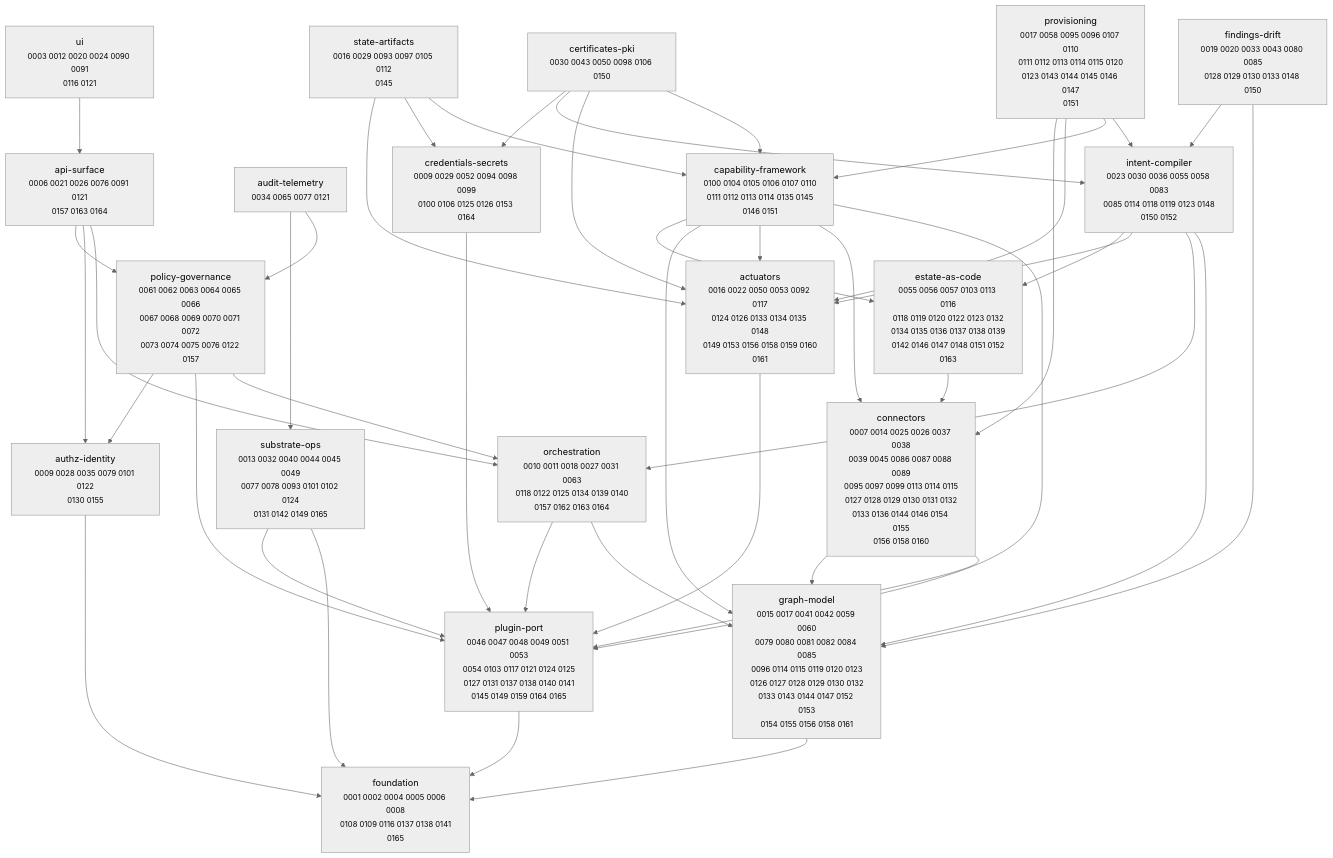
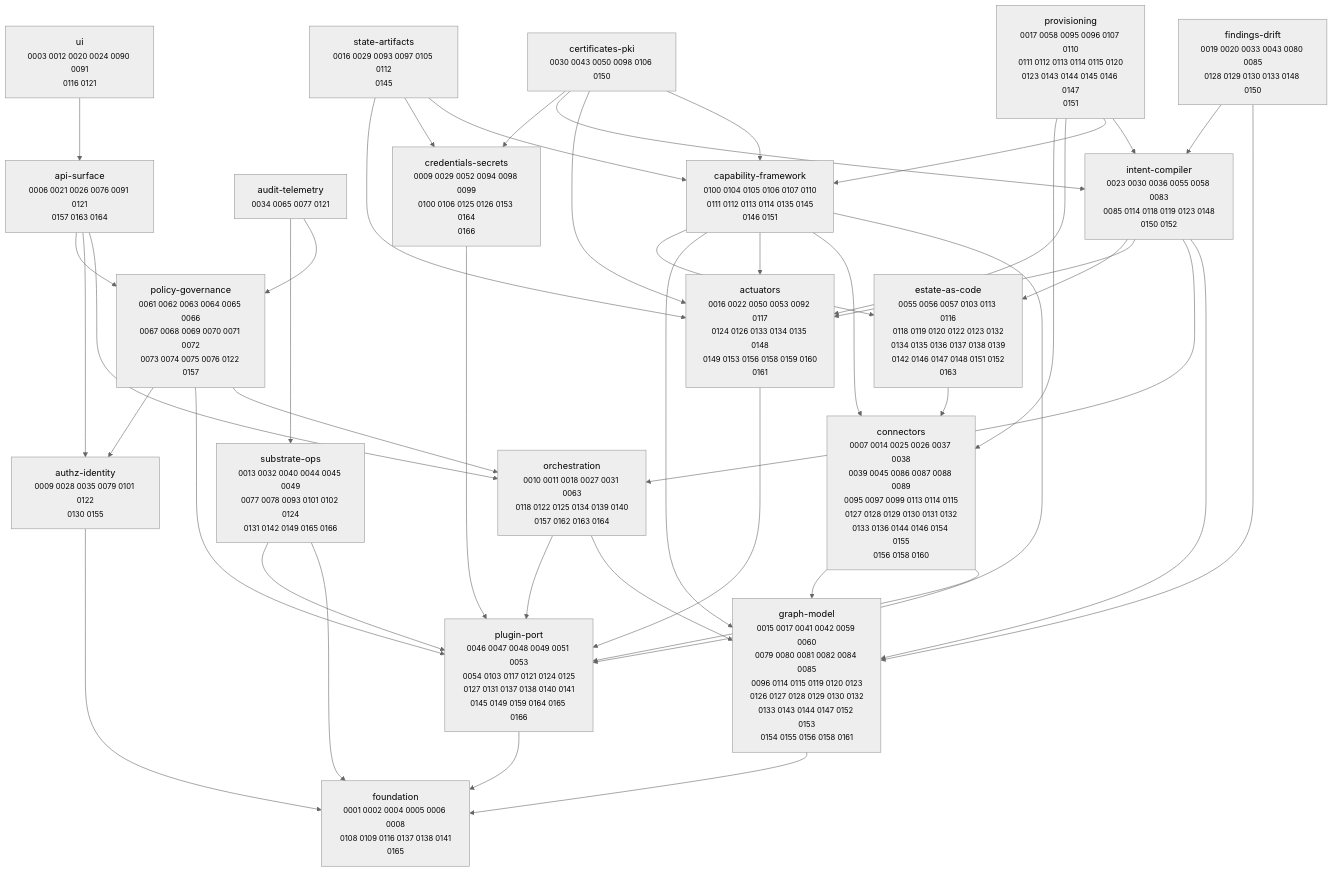
Before and after one commit to dstout-devops/stratt: the diagram in docs/adr/MAP.md, drawn with Mermaid (neutral theme). The commit also changed other lines of this file and 6 other files, not shown here.

````diff
--- a/docs/adr/MAP.md
+++ b/docs/adr/MAP.md
@@ -11,67 +11,67 @@
 ```mermaid
 graph TD
   actuators["actuators<br/><small>0016 0022 0050 0053 0092 0117<br/>0124 0126 0133 0134 0135 0148<br/>0149 0153 0156 0158 0159 0160<br/>0161</small>"]
   api_surface["api-surface<br/><small>0006 0021 0026 0076 0091 0121<br/>0157 0163 0164</small>"]
   audit_telemetry["audit-telemetry<br/><small>0034 0065 0077 0121</small>"]
   authz_identity["authz-identity<br/><small>0009 0028 0035 0079 0101 0122<br/>0130 0155</small>"]
   capability_framework["capability-framework<br/><small>0100 0104 0105 0106 0107 0110<br/>0111 0112 0113 0114 0135 0145<br/>0146 0151</small>"]
   certificates_pki["certificates-pki<br/><small>0030 0043 0050 0098 0106 0150</small>"]
   connectors["connectors<br/><small>0007 0014 0025 0026 0037 0038<br/>0039 0045 0086 0087 0088 0089<br/>0095 0097 0099 0113 0114 0115<br/>0127 0128 0129 0130 0131 0132<br/>0133 0136 0144 0146 0154 0155<br/>0156 0158 0160</small>"]
-  credentials_secrets["credentials-secrets<br/><small>0009 0029 0052 0094 0098 0099<br/>0100 0106 0125 0126 0153 0164</small>"]
+  credentials_secrets["credentials-secrets<br/><small>0009 0029 0052 0094 0098 0099<br/>0100 0106 0125 0126 0153 0164<br/>0166</small>"]
   estate_as_code["estate-as-code<br/><small>0055 0056 0057 0103 0113 0116<br/>0118 0119 0120 0122 0123 0132<br/>0134 0135 0136 0137 0138 0139<br/>0142 0146 0147 0148 0151 0152<br/>0163</small>"]
   findings_drift["findings-drift<br/><small>0019 0020 0033 0043 0080 0085<br/>0128 0129 0130 0133 0148 0150</small>"]
   foundation["foundation<br/><small>0001 0002 0004 0005 0006 0008<br/>0108 0109 0116 0137 0138 0141<br/>0165</small>"]
   graph_model["graph-model<br/><small>0015 0017 0041 0042 0059 0060<br/>0079 0080 0081 0082 0084 0085<br/>0096 0114 0115 0119 0120 0123<br/>0126 0127 0128 0129 0130 0132<br/>0133 0143 0144 0147 0152 0153<br/>0154 0155 0156 0158 0161</small>"]
   intent_compiler["intent-compiler<br/><small>0023 0030 0036 0055 0058 0083<br/>0085 0114 0118 0119 0123 0148<br/>0150 0152</small>"]
   orchestration["orchestration<br/><small>0010 0011 0018 0027 0031 0063<br/>0118 0122 0125 0134 0139 0140<br/>0157 0162 0163 0164</small>"]
-  plugin_port["plugin-port<br/><small>0046 0047 0048 0049 0051 0053<br/>0054 0103 0117 0121 0124 0125<br/>0127 0131 0137 0138 0140 0141<br/>0145 0149 0159 0164 0165</small>"]
+  plugin_port["plugin-port<br/><small>0046 0047 0048 0049 0051 0053<br/>0054 0103 0117 0121 0124 0125<br/>0127 0131 0137 0138 0140 0141<br/>0145 0149 0159 0164 0165 0166</small>"]
   policy_governance["policy-governance<br/><small>0061 0062 0063 0064 0065 0066<br/>0067 0068 0069 0070 0071 0072<br/>0073 0074 0075 0076 0122 0157</small>"]
   provisioning["provisioning<br/><small>0017 0058 0095 0096 0107 0110<br/>0111 0112 0113 0114 0115 0120<br/>0123 0143 0144 0145 0146 0147<br/>0151</small>"]
   state_artifacts["state-artifacts<br/><small>0016 0029 0093 0097 0105 0112<br/>0145</small>"]
-  substrate_ops["substrate-ops<br/><small>0013 0032 0040 0044 0045 0049<br/>0077 0078 0093 0101 0102 0124<br/>0131 0142 0149 0165</small>"]
+  substrate_ops["substrate-ops<br/><small>0013 0032 0040 0044 0045 0049<br/>0077 0078 0093 0101 0102 0124<br/>0131 0142 0149 0165 0166</small>"]
   ui["ui<br/><small>0003 0012 0020 0024 0090 0091<br/>0116 0121</small>"]
 
   actuators --> plugin_port
   api_surface --> orchestration
   api_surface --> authz_identity
   api_surface --> policy_governance
   audit_telemetry --> policy_governance
   audit_telemetry --> substrate_ops
   authz_identity --> foundation
   capability_framework --> plugin_port
   capability_framework --> connectors
   capability_framework --> actuators
   capability_framework --> graph_model
   capability_framework --> estate_as_code
   certificates_pki --> capability_framework
   certificates_pki --> actuators
   certificates_pki --> intent_compiler
   certificates_pki --> credentials_secrets
   connectors --> plugin_port
   connectors --> graph_model
   credentials_secrets --> plugin_port
   estate_as_code --> connectors
   findings_drift --> graph_model
   findings_drift --> intent_compiler
   graph_model --> foundation
   intent_compiler --> graph_model
   intent_compiler --> orchestration
   intent_compiler --> actuators
   intent_compiler --> estate_as_code
   orchestration --> graph_model
   orchestration --> plugin_port
   plugin_port --> foundation
   policy_governance --> orchestration
   policy_governance --> plugin_port
   policy_governance --> authz_identity
   provisioning --> intent_compiler
   provisioning --> capability_framework
   provisioning --> actuators
   provisioning --> connectors
   state_artifacts --> capability_framework
   state_artifacts --> credentials_secrets
   state_artifacts --> actuators
   substrate_ops --> foundation
   substrate_ops --> plugin_port
   ui --> api_surface
 ```
````
